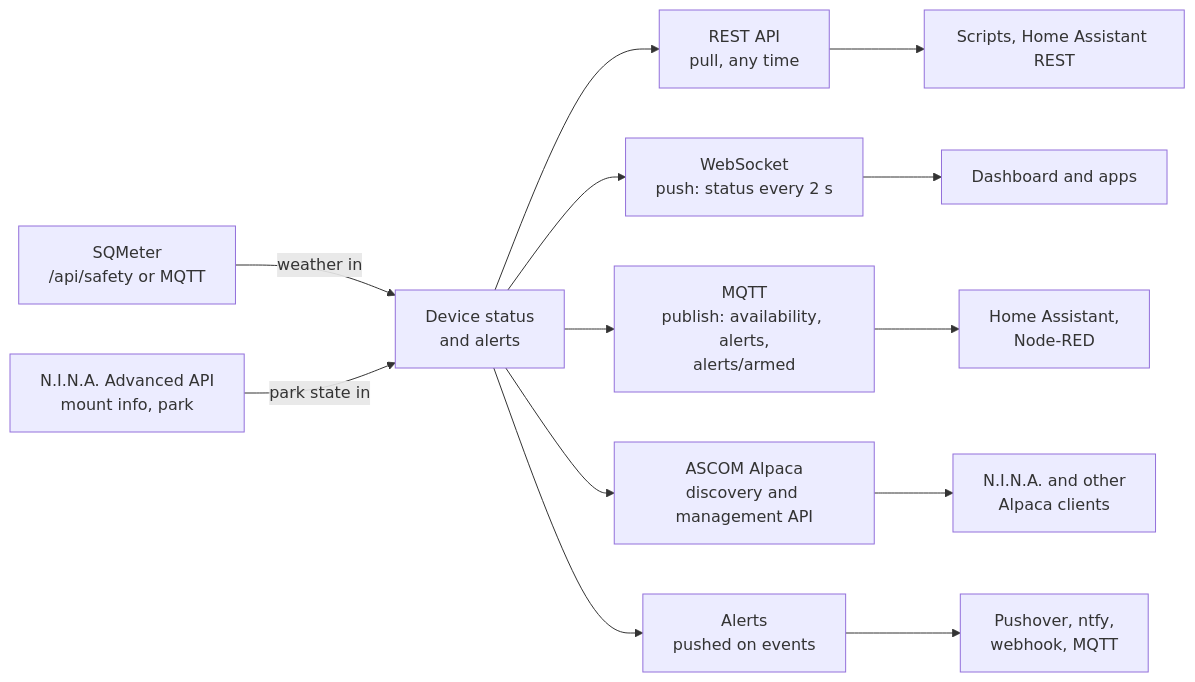
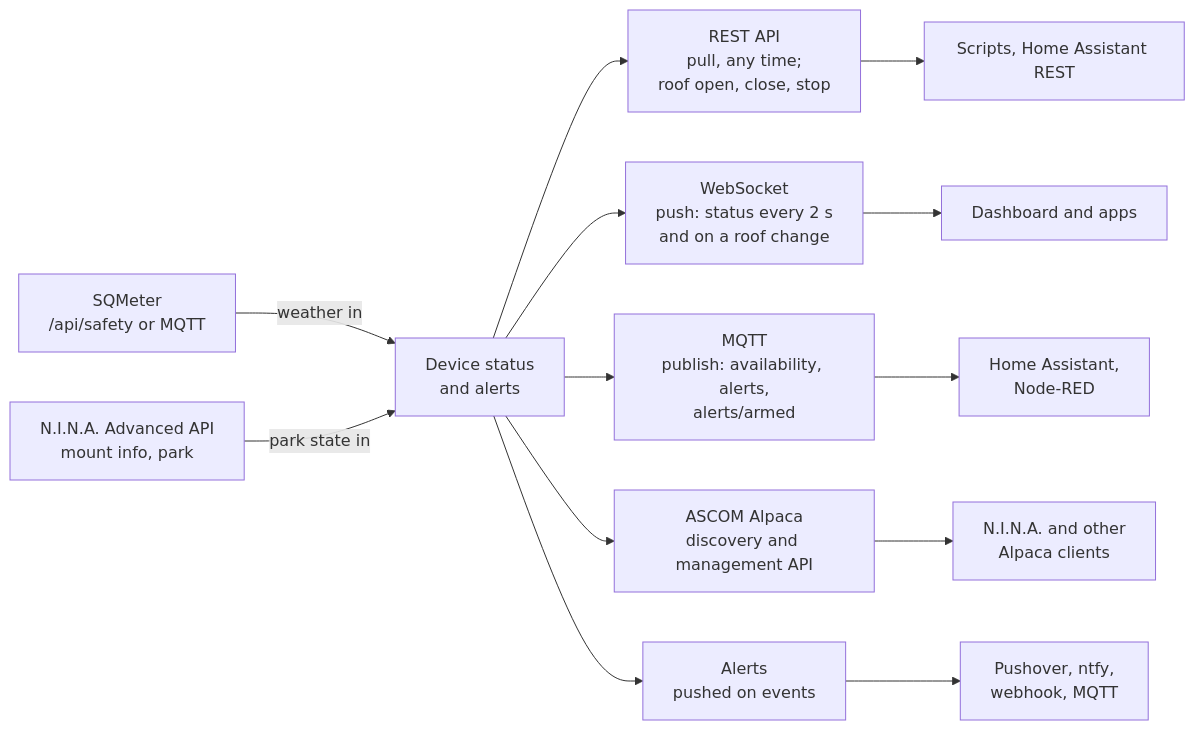
Before and after one commit to DeanJ87/RoofRoof: the diagram in docs/api/integrations.md, drawn with Mermaid. The commit also changed other lines of this file and 16 other files, not shown here.

Commit message:
003: wiring page, new calibration page, roof-motion on the board, configuration and heritage; diagrams DIA-01, DIA-07, DIA-11, DIA-15 checked and re-confirmed; spec aligned with the safety hand-over limit

````diff
--- a/docs/api/integrations.md
+++ b/docs/api/integrations.md
@@ -18,18 +18,18 @@
 ```mermaid
 flowchart LR
     accTitle: Integration paths
-    accDescr: The device status feeds four paths. REST is pulled by scripts; WebSocket pushes the status live to the dashboard and apps; MQTT publishes availability and alerts to a broker for Home Assistant; Alpaca answers discovery and the management API for N.I.N.A. and other clients; alerts are pushed to phones and services. Inbound, the device reads SQMeter's weather verdict and N.I.N.A.'s mount state.
+    accDescr: The device status feeds four paths. REST is pulled by scripts and can command the roof; WebSocket pushes the status live to the dashboard and apps; MQTT publishes availability and alerts to a broker for Home Assistant; Alpaca answers discovery and the management API for N.I.N.A. and other clients; alerts are pushed to phones and services. Inbound, the device reads SQMeter's weather verdict and N.I.N.A.'s mount state.
     DATA["Device status<br/>and alerts"]
-    DATA --> REST["REST API<br/>pull, any time"]
-    DATA --> WS["WebSocket<br/>push: status every 2 s"]
+    DATA --> REST["REST API<br/>pull, any time;<br/>roof open, close, stop"]
+    DATA --> WS["WebSocket<br/>push: status every 2 s<br/>and on a roof change"]
     DATA --> MQTT["MQTT<br/>publish: availability, alerts,<br/>alerts/armed"]
     DATA --> ALPACA["ASCOM Alpaca<br/>discovery and management API"]
     DATA --> ALERTS["Alerts<br/>pushed on events"]
     REST --> SCRIPTS["Scripts, Home Assistant REST"]
     WS --> UI["Dashboard and apps"]
     MQTT --> HA["Home Assistant,<br/>Node-RED"]
     ALPACA --> NINA["N.I.N.A. and other<br/>Alpaca clients"]
     ALERTS --> PHONES["Pushover, ntfy,<br/>webhook, MQTT"]
     SQM["SQMeter<br/>/api/safety or MQTT"] -->|weather in| DATA
     NAPI["N.I.N.A. Advanced API<br/>mount info, park"] -->|park state in| DATA
 ```
````
